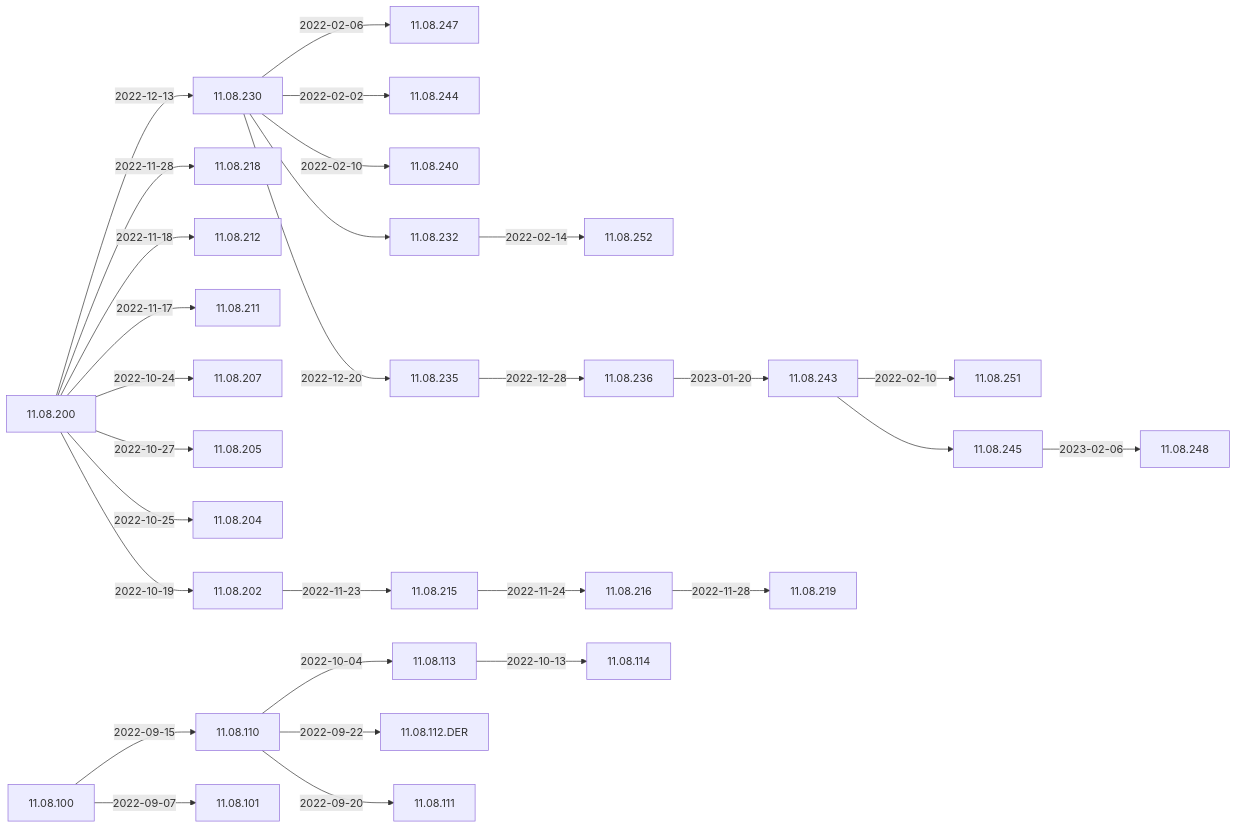
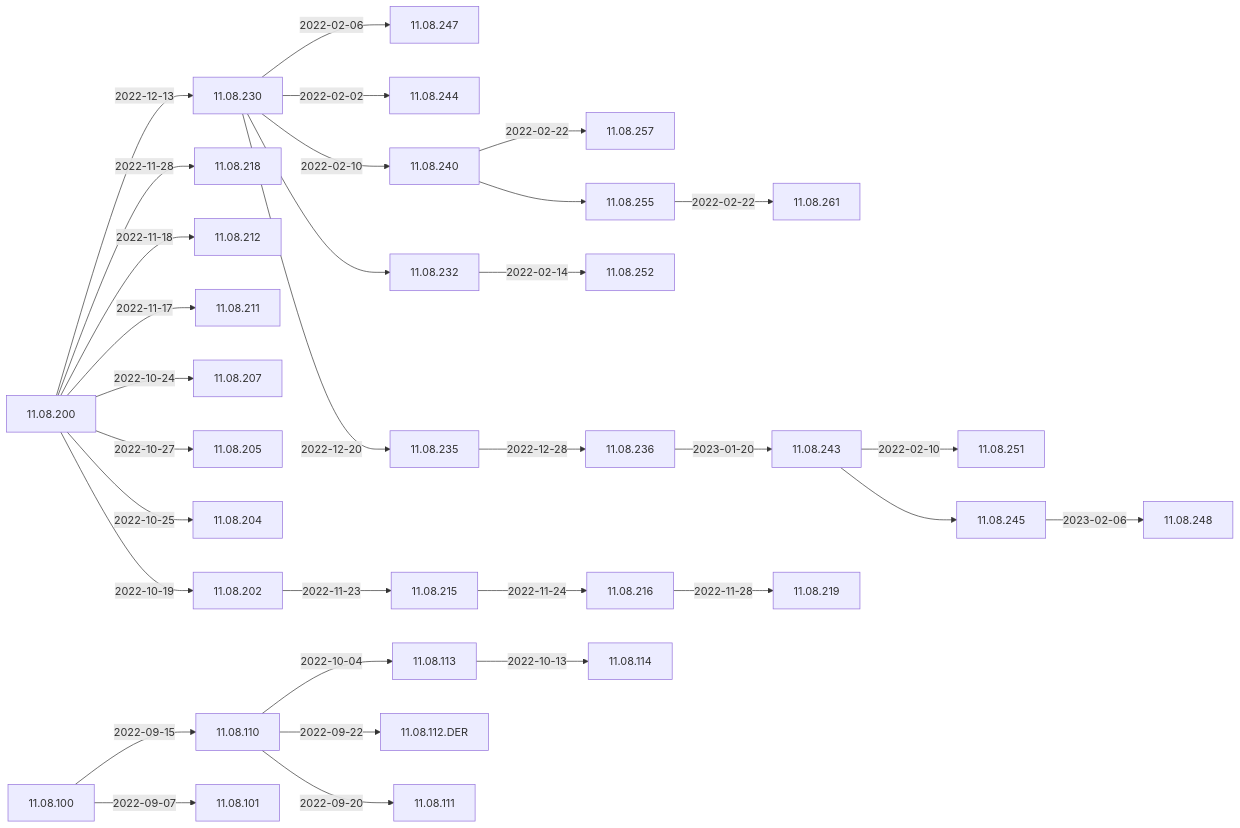
The first of 3 diagrams in Docs/ReleaseNotes/01-OS11/README.md (woydziak/IGEL-Docs), drawn with Mermaid before and after one commit.

````diff
--- a/Docs/ReleaseNotes/01-OS11/README.md
+++ b/Docs/ReleaseNotes/01-OS11/README.md
@@ -9,41 +9,45 @@
 ```mermaid
 flowchart LR
     11.08.243-- 2022-02-10 -->11.08.251
     11.08.230-- 2022-02-06 -->11.08.247
     11.08.230-- 2022-02-02 -->11.08.244
+    11.08.240-- 2022-02-22 -->11.08.257
+    11.08.240-->11.08.255-- 2022-02-22 -->11.08.261
     11.08.230-- 2022-02-10 -->11.08.240
     11.08.230-->11.08.232-- 2022-02-14 -->11.08.252
     11.08.200-- 2022-12-13 -->11.08.230-- 2022-12-20 -->11.08.235-- 2022-12-28 -->11.08.236-- 2023-01-20 -->11.08.243-->11.08.245-- 2023-02-06 -->11.08.248
     11.08.200-- 2022-11-28 -->11.08.218
     11.08.200-- 2022-11-18 -->11.08.212
     11.08.200-- 2022-11-17 -->11.08.211
     11.08.200-- 2022-10-24 -->11.08.207
     11.08.200-- 2022-10-27 -->11.08.205
     11.08.200-- 2022-10-25 -->11.08.204
     11.08.200-- 2022-10-19 -->11.08.202-- 2022-11-23 -->11.08.215-- 2022-11-24 -->11.08.216-- 2022-11-28 -->11.08.219
     11.08.110-- 2022-10-04 -->11.08.113-- 2022-10-13 -->11.08.114
     11.08.110-- 2022-09-22 -->11.08.112.DER
     11.08.100-- 2022-09-15 -->11.08.110-- 2022-09-20 -->11.08.111
     11.08.100-- 2022-09-07 -->11.08.101
+    click 11.08.261 "https://github.com/IGEL-Community/IGEL-Docs/blob/main/Docs/ReleaseNotes/01-OS11/readme11.08.261.txt" "Open this in a new tab"
+    click 11.08.257 "https://github.com/IGEL-Community/IGEL-Docs/blob/main/Docs/ReleaseNotes/01-OS11/readme11.08.257.txt" "Open this in a new tab"
     click 11.08.252 "https://github.com/IGEL-Community/IGEL-Docs/blob/main/Docs/ReleaseNotes/01-OS11/readme11.08.252.txt" "Open this in a new tab"
     click 11.08.251 "https://github.com/IGEL-Community/IGEL-Docs/blob/main/Docs/ReleaseNotes/01-OS11/readme11.08.251.txt" "Open this in a new tab"
     click 11.08.248 "https://github.com/IGEL-Community/IGEL-Docs/blob/main/Docs/ReleaseNotes/01-OS11/readme11.08.248.txt" "Open this in a new tab"
     click 11.08.247 "https://github.com/IGEL-Community/IGEL-Docs/blob/main/Docs/ReleaseNotes/01-OS11/readme11.08.247.txt" "Open this in a new tab"
     click 11.08.244 "https://github.com/IGEL-Community/IGEL-Docs/blob/main/Docs/ReleaseNotes/01-OS11/readme11.08.244.txt" "Open this in a new tab"
     click 11.08.243 "https://github.com/IGEL-Community/IGEL-Docs/blob/main/Docs/ReleaseNotes/01-OS11/readme11.08.243.txt" "Open this in a new tab"
     click 11.08.240 "https://github.com/IGEL-Community/IGEL-Docs/blob/main/Docs/ReleaseNotes/01-OS11/readme11.08.240.txt" "Open this in a new tab"
     click 11.08.236 "https://github.com/IGEL-Community/IGEL-Docs/blob/main/Docs/ReleaseNotes/01-OS11/readme11.08.236.txt" "Open this in a new tab"
     click 11.08.235 "https://github.com/IGEL-Community/IGEL-Docs/blob/main/Docs/ReleaseNotes/01-OS11/readme11.08.235.txt" "Open this in a new tab"
     click 11.08.230 "https://github.com/IGEL-Community/IGEL-Docs/blob/main/Docs/ReleaseNotes/01-OS11/readme11.08.230.txt" "Open this in a new tab"
     click 11.08.219 "https://github.com/IGEL-Community/IGEL-Docs/blob/main/Docs/ReleaseNotes/01-OS11/readme11.08.219.txt" "Open this in a new tab"
     click 11.08.218 "https://github.com/IGEL-Community/IGEL-Docs/blob/main/Docs/ReleaseNotes/01-OS11/readme11.08.218.txt" "Open this in a new tab"
     click 11.08.216 "https://github.com/IGEL-Community/IGEL-Docs/blob/main/Docs/ReleaseNotes/01-OS11/readme11.08.216.txt" "Open this in a new tab"
     click 11.08.215 "https://github.com/IGEL-Community/IGEL-Docs/blob/main/Docs/ReleaseNotes/01-OS11/readme11.08.215.txt" "Open this in a new tab"
     click 11.08.212 "https://github.com/IGEL-Community/IGEL-Docs/blob/main/Docs/ReleaseNotes/01-OS11/readme11.08.212.txt" "Open this in a new tab"
     click 11.08.211 "https://github.com/IGEL-Community/IGEL-Docs/blob/main/Docs/ReleaseNotes/01-OS11/readme11.08.211.txt" "Open this in a new tab"
     click 11.08.207 "https://github.com/IGEL-Community/IGEL-Docs/blob/main/Docs/ReleaseNotes/01-OS11/readme11.08.207.txt" "Open this in a new tab"
     click 11.08.205 "https://github.com/IGEL-Community/IGEL-Docs/blob/main/Docs/ReleaseNotes/01-OS11/readme11.08.205.txt" "Open this in a new tab"
     click 11.08.204 "https://github.com/IGEL-Community/IGEL-Docs/blob/main/Docs/ReleaseNotes/01-OS11/readme11.08.204.txt" "Open this in a new tab"
     click 11.08.202 "https://github.com/IGEL-Community/IGEL-Docs/blob/main/Docs/ReleaseNotes/01-OS11/readme11.08.202.txt" "Open this in a new tab"
     click 11.08.200 "https://github.com/IGEL-Community/IGEL-Docs/blob/main/Docs/ReleaseNotes/01-OS11/readme11.08.200.txt" "Open this in a new tab"
 ```
````
